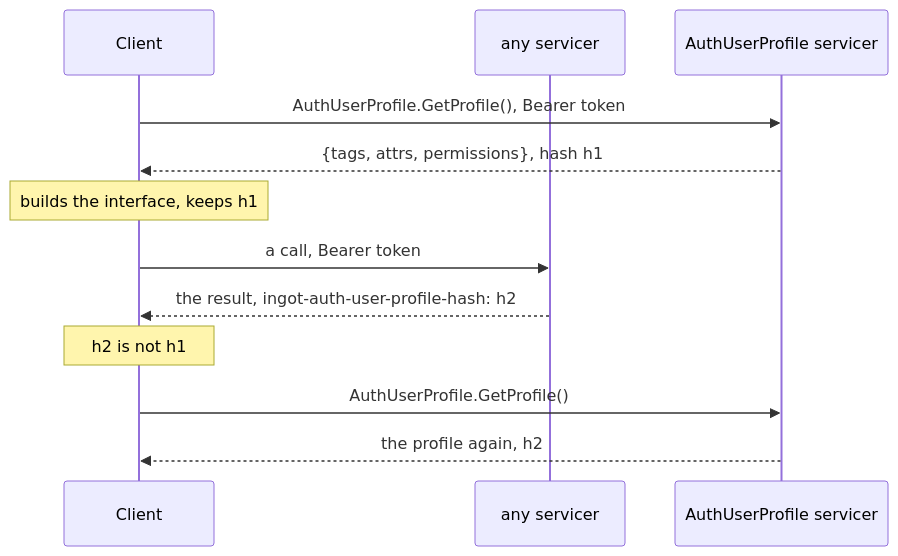
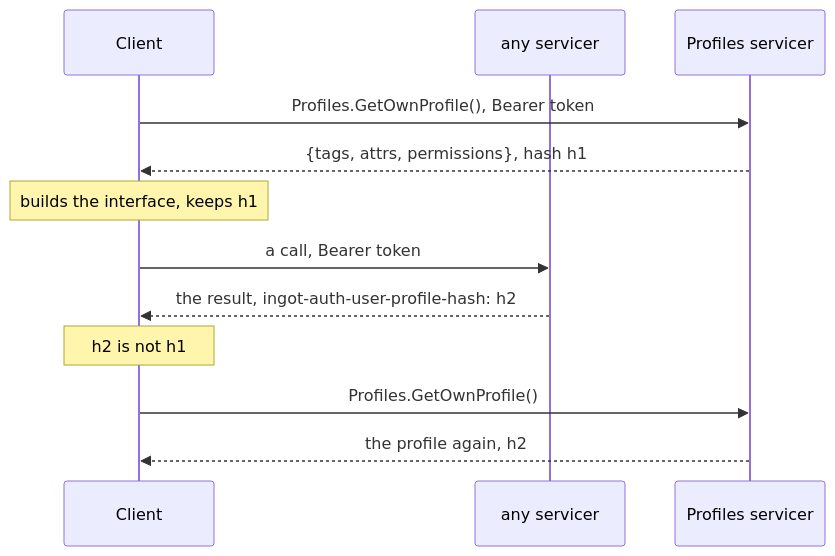
Before and after one commit to ak-ingots/ingots-libs: the diagram in docs/design/auth/profile.md, drawn with Mermaid. The commit also changed other lines of this file and 8 other files, not shown here.

First line of the commit message:
Accept slice 4 of the auth: the sign-out, the own sessions, the profile (#43)

````diff
--- a/docs/design/auth/profile.md
+++ b/docs/design/auth/profile.md
@@ -57,14 +57,14 @@
 ```mermaid
 sequenceDiagram
     participant Client
     participant Server as any servicer
-    participant Profile as AuthUserProfile servicer
-    Client->>Profile: AuthUserProfile.GetProfile(), Bearer token
+    participant Profile as Profiles servicer
+    Client->>Profile: Profiles.GetOwnProfile(), Bearer token
     Profile-->>Client: {tags, attrs, permissions}, hash h1
     Note over Client: builds the interface, keeps h1
     Client->>Server: a call, Bearer token
     Server-->>Client: the result, ingot-auth-user-profile-hash: h2
     Note over Client: h2 is not h1
-    Client->>Profile: AuthUserProfile.GetProfile()
+    Client->>Profile: Profiles.GetOwnProfile()
     Profile-->>Client: the profile again, h2
 ```
````
